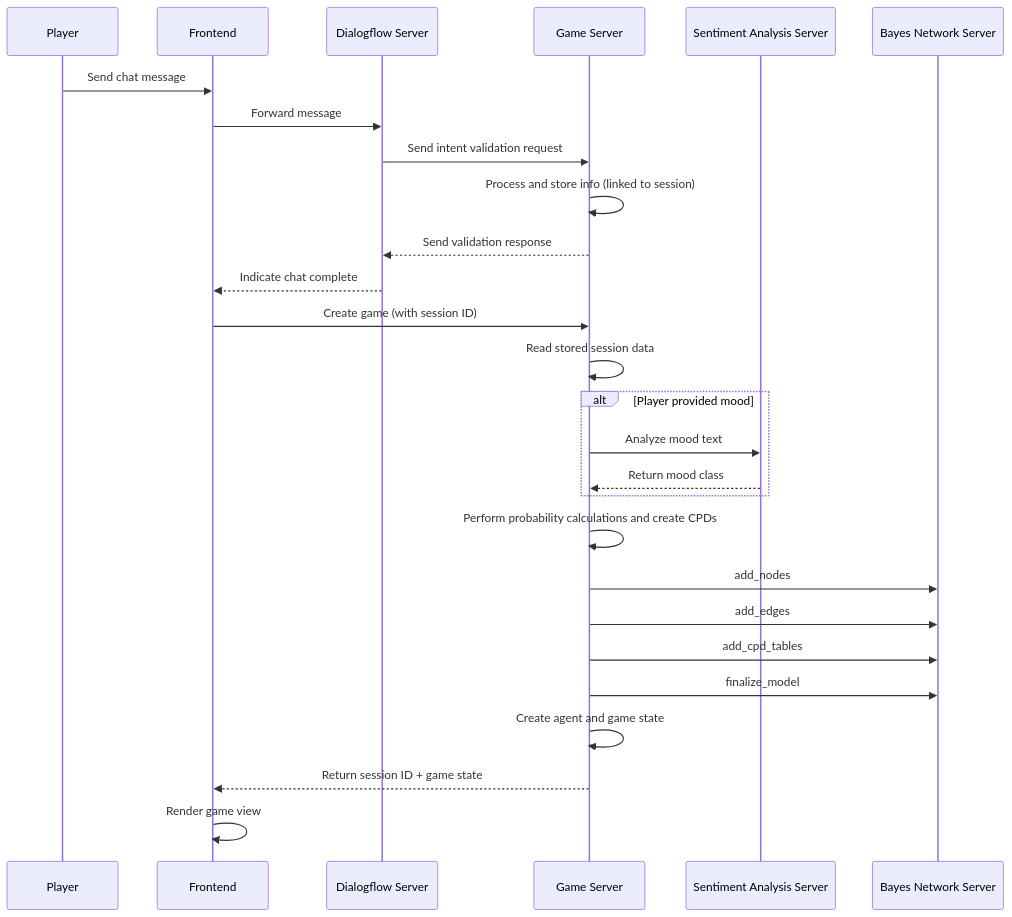
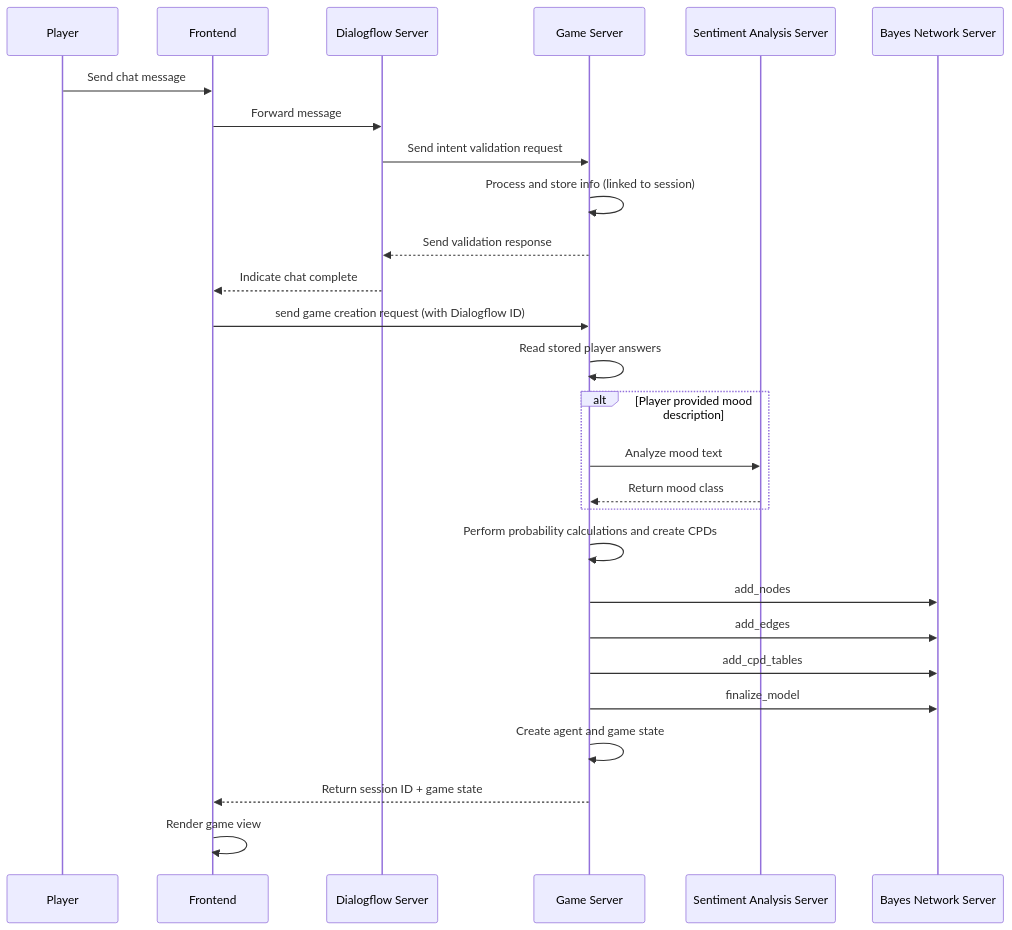
One commit to rchDev/game-of-points changed the first of 2 diagrams in docs/deep-lore.md. Above: the diagram before and after it, drawn with Mermaid.

Commit message:
[docs]: small changes

````diff
--- a/docs/deep-lore.md
+++ b/docs/deep-lore.md
@@ -16,40 +16,40 @@
 ```mermaid
 sequenceDiagram
     participant Player
     participant Frontend
     participant Dialogflow as Dialogflow Server
     participant GameServer as Game Server
     participant Sentiment as Sentiment Analysis Server
     participant Bayes as Bayes Network Server
 
     %% Chat interaction
     Player ->> Frontend: Send chat message
     Frontend ->> Dialogflow: Forward message
     Dialogflow ->> GameServer: Send intent validation request
     GameServer ->> GameServer: Process and store info (linked to session)
     GameServer -->> Dialogflow: Send validation response
 
     %% Chat continues until end page
     Dialogflow -->> Frontend: Indicate chat complete
 
     %% Game creation
-    Frontend ->> GameServer: Create game (with session ID)
-    GameServer ->> GameServer: Read stored session data
-    alt Player provided mood
+    Frontend ->> GameServer: send game creation request (with Dialogflow ID)
+    GameServer ->> GameServer: Read stored player answers
+    alt Player provided mood description
         GameServer ->> Sentiment: Analyze mood text
         Sentiment -->> GameServer: Return mood class
     end
     
     GameServer ->> GameServer: Perform probability calculations and create CPDs
 
     %% Agent + Bayes Net creation
     GameServer ->> Bayes: add_nodes
     GameServer ->> Bayes: add_edges
     GameServer ->> Bayes: add_cpd_tables
     GameServer ->> Bayes: finalize_model
 
     GameServer ->> GameServer: Create agent and game state
     GameServer -->> Frontend: Return session ID + game state
     Frontend ->> Frontend: Render game view
 
 ```
````
